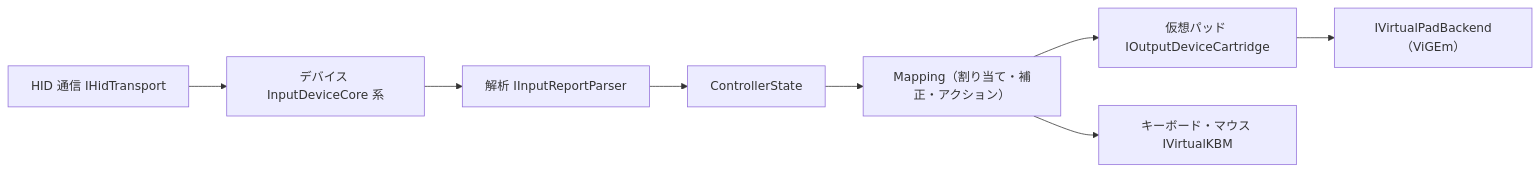
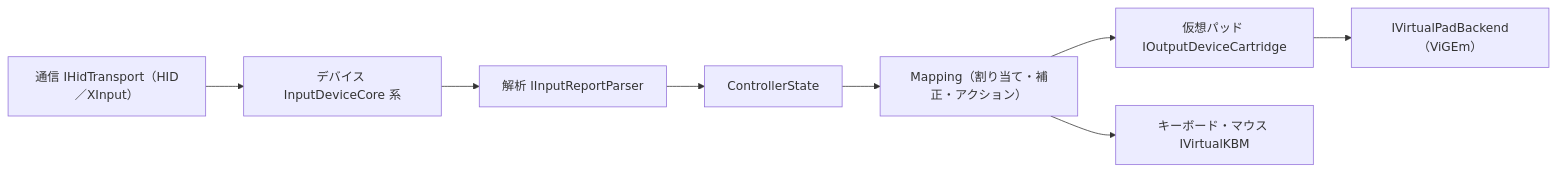
The second of 2 diagrams in docs-forDIMG/Model-Diagram/01-Structure.md (gwin7ok/DS4Windows), drawn with Mermaid before and after one commit. The commit also changed other lines of this file and 4 other files, not shown here.

Commit message:
docs: Phase22 の文書の最終整理（モデル図 01・規則に Xbox を反映、22-3 を完了、KI-7 を最後の Phase へ）

````diff
--- a/docs-forDIMG/Model-Diagram/01-Structure.md
+++ b/docs-forDIMG/Model-Diagram/01-Structure.md
@@ -66,10 +66,10 @@
 ```mermaid
 flowchart LR
-    HID["HID 通信 IHidTransport"] --> Dev["デバイス InputDeviceCore 系"]
+    HID["通信 IHidTransport（HID／XInput）"] --> Dev["デバイス InputDeviceCore 系"]
     Dev --> Par["解析 IInputReportParser"]
     Par --> State["ControllerState"]
     State --> Map["Mapping（割り当て・補正・アクション）"]
     Map --> Out["仮想パッド IOutputDeviceCartridge"]
     Map --> Kbm["キーボード・マウス IVirtualKBM"]
     Out --> Be["IVirtualPadBackend（ViGEm）"]
 ```
````
